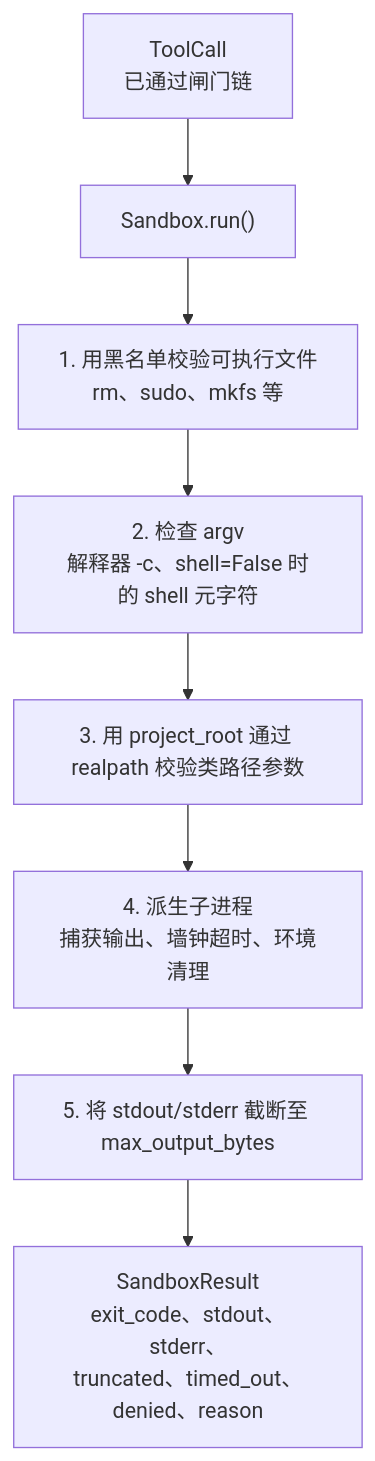
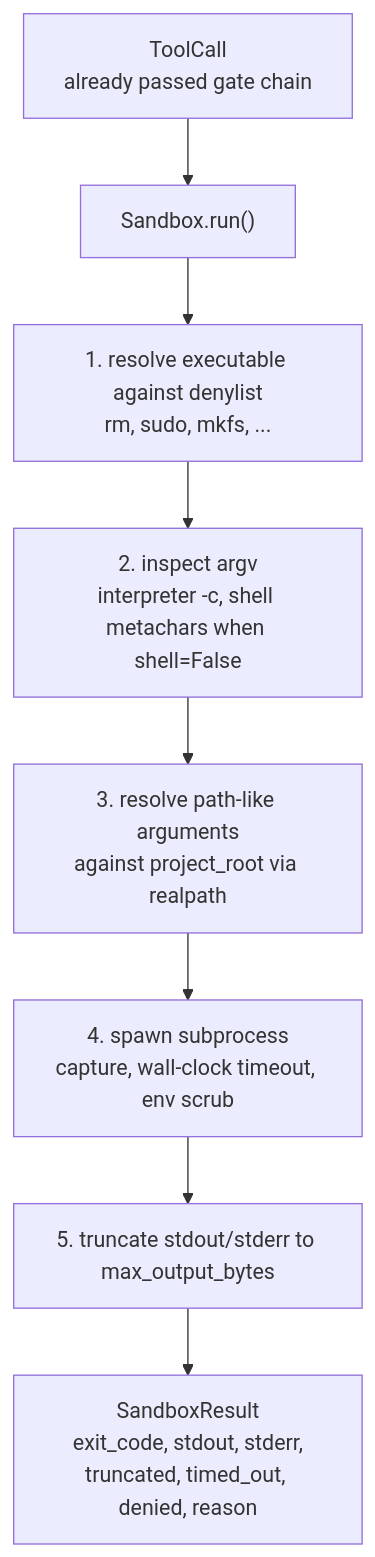
Before and after one commit to xiaojiaenen/ai-engineering-from-scratch-zh: the first of 2 diagrams in i18n/zh/phases/19-capstone-projects/26-sandbox-runner-denylist/docs/zh.md, drawn with Mermaid. The commit also changed other lines of this file and 85 other files, not shown here.

````diff
--- a/i18n/zh/phases/19-capstone-projects/26-sandbox-runner-denylist/docs/zh.md
+++ b/i18n/zh/phases/19-capstone-projects/26-sandbox-runner-denylist/docs/zh.md
@@ -34,10 +34,10 @@
 ```mermaid
 flowchart TD
-  Call[ToolCall<br/>已通过闸门链] --> Run["Sandbox.run()"]
-  Run --> S1[1. 用黑名单校验可执行文件<br/>rm、sudo、mkfs 等]
-  S1 --> S2[2. 检查 argv<br/>解释器 -c、shell=False 时的 shell 元字符]
-  S2 --> S3[3. 用 project_root 通过 realpath 校验类路径参数]
-  S3 --> S4[4. 派生子进程<br/>捕获输出、墙钟超时、环境清理]
-  S4 --> S5[5. 将 stdout/stderr 截断至 max_output_bytes]
-  S5 --> Result[SandboxResult<br/>exit_code、stdout、stderr、<br/>truncated、timed_out、denied、reason]
+  Call[ToolCall<br/>already passed gate chain] --> Run["Sandbox.run()"]
+  Run --> S1[1. resolve executable against denylist<br/>rm, sudo, mkfs, ...]
+  S1 --> S2[2. inspect argv<br/>interpreter -c, shell metachars when shell=False]
+  S2 --> S3[3. resolve path-like arguments<br/>against project_root via realpath]
+  S3 --> S4[4. spawn subprocess<br/>capture, wall-clock timeout, env scrub]
+  S4 --> S5[5. truncate stdout/stderr to max_output_bytes]
+  S5 --> Result[SandboxResult<br/>exit_code, stdout, stderr,<br/>truncated, timed_out, denied, reason]
 ```
````
